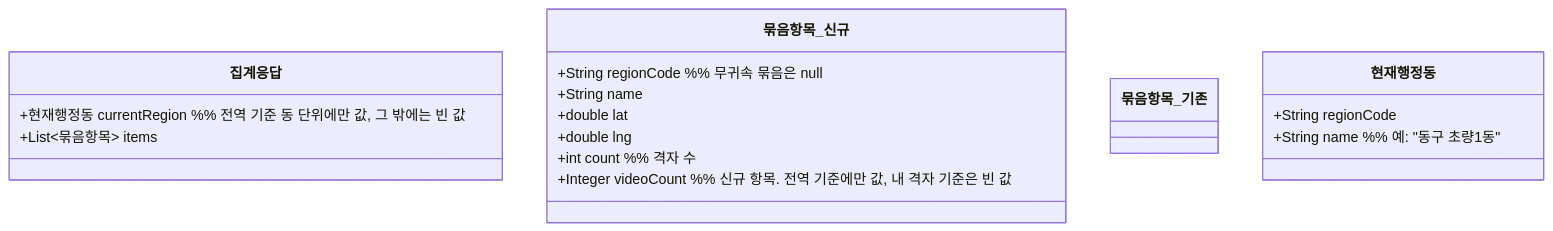
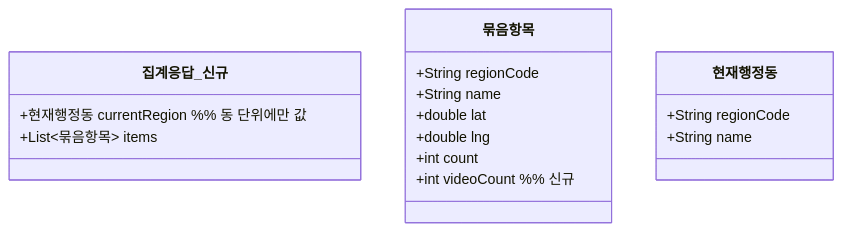
One commit to ASM-MSG/BE changed the second of 2 diagrams in docs/prd/MSG-374-prd.md. Above: the diagram before and after it, drawn with Mermaid. The commit also changed other lines of this file, not shown here.

````diff
--- a/docs/prd/MSG-374-prd.md
+++ b/docs/prd/MSG-374-prd.md
@@ -88,22 +68,19 @@
 ```mermaid
 classDiagram
-    class 집계응답 {
-        +현재행정동 currentRegion  %% 전역 기준 동 단위에만 값, 그 밖에는 빈 값
+    class 집계응답_신규 {
+        +현재행정동 currentRegion  %% 동 단위에만 값
         +List~묶음항목~ items
     }
-    class 묶음항목_신규 {
-        +String regionCode  %% 무귀속 묶음은 null
+    class 묶음항목 {
+        +String regionCode
         +String name
         +double lat
         +double lng
-        +int count  %% 격자 수
-        +Integer videoCount  %% 신규 항목. 전역 기준에만 값, 내 격자 기준은 빈 값
-    }
-    class 묶음항목_기존 {
-        %% RegionAggregateResponseDto. 친구 조회 전용으로 남고 필드는 불변
+        +int count
+        +int videoCount  %% 신규
     }
     class 현재행정동 {
         +String regionCode
-        +String name  %% 예: "동구 초량1동"
+        +String name
     }
 ```
````
